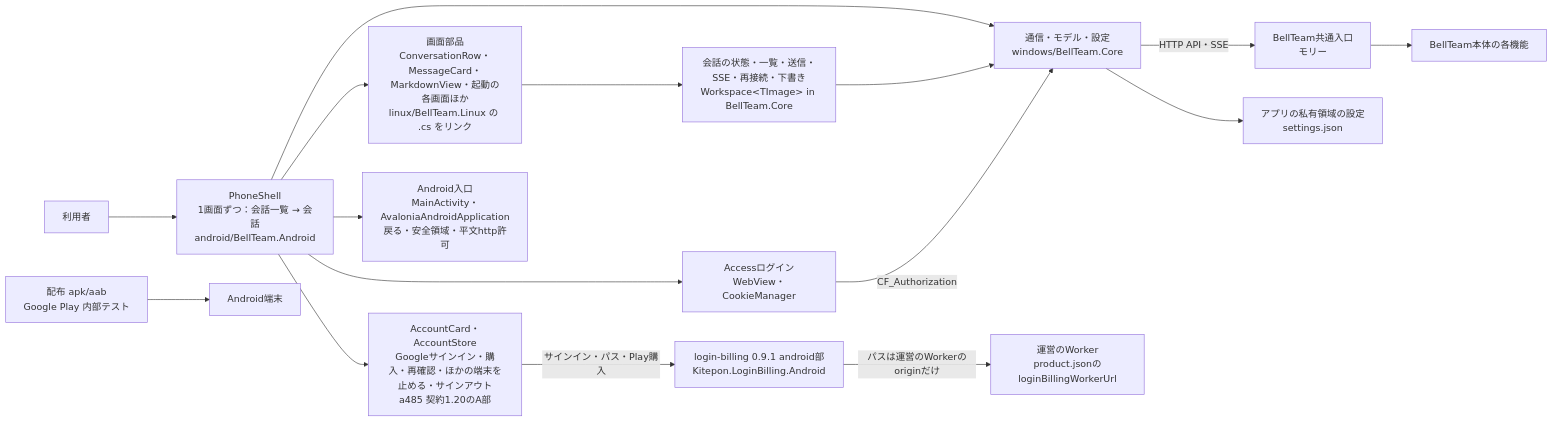
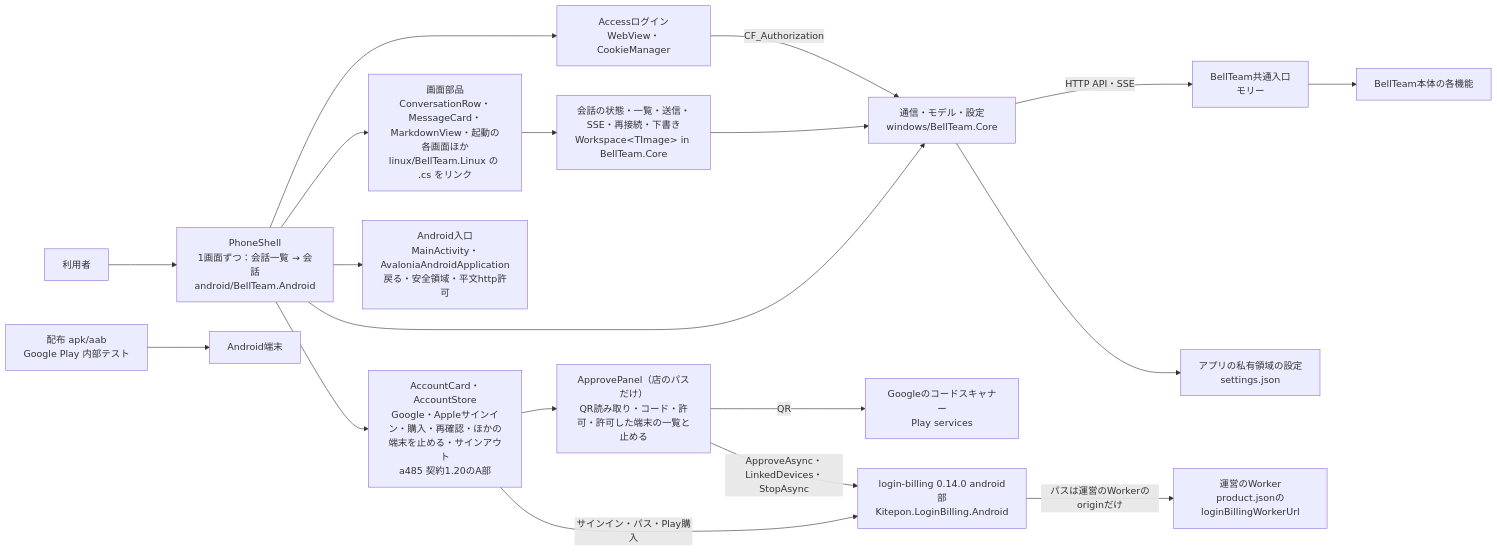
One commit to kitepon/BellTeam changed the first of 2 diagrams in docs/android-architecture.md. Above: the diagram before and after it, drawn with Mermaid. The commit also changed other lines of this file and 8 other files, not shown here.

First line of the commit message:
a485 Android + Linux: Apple sign-in, Android approve/linked devices/stop on login-billing 0.14.0

````diff
--- a/docs/android-architecture.md
+++ b/docs/android-architecture.md
@@ -9,18 +9,21 @@
 ```mermaid
 flowchart LR
   user[利用者] --> shell[PhoneShell<br/>1画面ずつ：会話一覧 → 会話<br/>android/BellTeam.Android]
   shell --> views[画面部品<br/>ConversationRow・MessageCard・MarkdownView・起動の各画面ほか<br/>linux/BellTeam.Linux の .cs をリンク]
   views --> ws[会話の状態・一覧・送信・SSE・再接続・下書き<br/>Workspace&lt;TImage&gt; in BellTeam.Core]
   shell --> core[通信・モデル・設定<br/>windows/BellTeam.Core]
   ws --> core
   core -->|HTTP API・SSE| integration[BellTeam共通入口<br/>モリー]
   core --> local[アプリの私有領域の設定<br/>settings.json]
-  shell --> account[AccountCard・AccountStore<br/>Googleサインイン・購入・再確認・ほかの端末を止める・サインアウト<br/>a485 契約1.20のA部]
-  account -->|サインイン・パス・Play購入| lib[login-billing 0.9.1 android部<br/>Kitepon.LoginBilling.Android]
+  shell --> account[AccountCard・AccountStore<br/>Google・Appleサインイン・購入・再確認・ほかの端末を止める・サインアウト<br/>a485 契約1.20のA部]
+  account --> approve[ApprovePanel（店のパスだけ）<br/>QR読み取り・コード・許可・許可した端末の一覧と止める]
+  approve -->|QR| scanner[Googleのコードスキャナー<br/>Play services]
+  account -->|サインイン・パス・Play購入| lib[login-billing 0.14.0 android部<br/>Kitepon.LoginBilling.Android]
+  approve -->|ApproveAsync・LinkedDevices・StopAsync| lib
   lib -->|パスは運営のWorkerのoriginだけ| worker[運営のWorker<br/>product.jsonのloginBillingWorkerUrl]
   shell --> access[Accessログイン<br/>WebView・CookieManager]
   access -->|CF_Authorization| core
   shell --> android[Android入口<br/>MainActivity・AvaloniaAndroidApplication<br/>戻る・安全領域・平文http許可]
   release[配布 apk/aab<br/>Google Play 内部テスト] --> device[Android端末]
   integration --> server[BellTeam本体の各機能]
 ```
````
